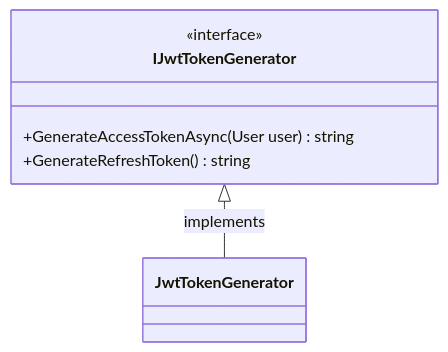
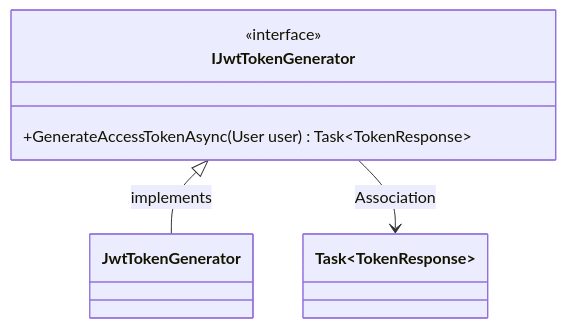
The fourth of 8 diagrams in backend/source/Domain/Identity.md (snicoper/agenda-manager-docs), drawn with Mermaid before and after one commit. The commit also changed other lines of this file, not shown here.

````diff
--- a/backend/source/Domain/Identity.md
+++ b/backend/source/Domain/Identity.md
@@ -94,10 +107,10 @@
 ```mermaid
 classDiagram
     class IJwtTokenGenerator {
         <<interface>>
-        +GenerateAccessTokenAsync(User user) string
-        +GenerateRefreshToken() string
+        +GenerateAccessTokenAsync(User user) Task~TokenResponse~
     }
 
     IJwtTokenGenerator <|-- JwtTokenGenerator : implements
+    IJwtTokenGenerator --> Task~TokenResponse~ : Association
 ```
````
